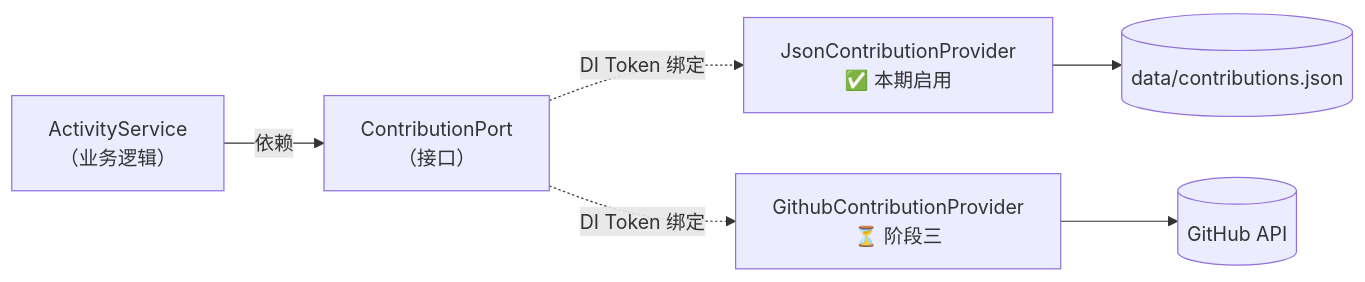
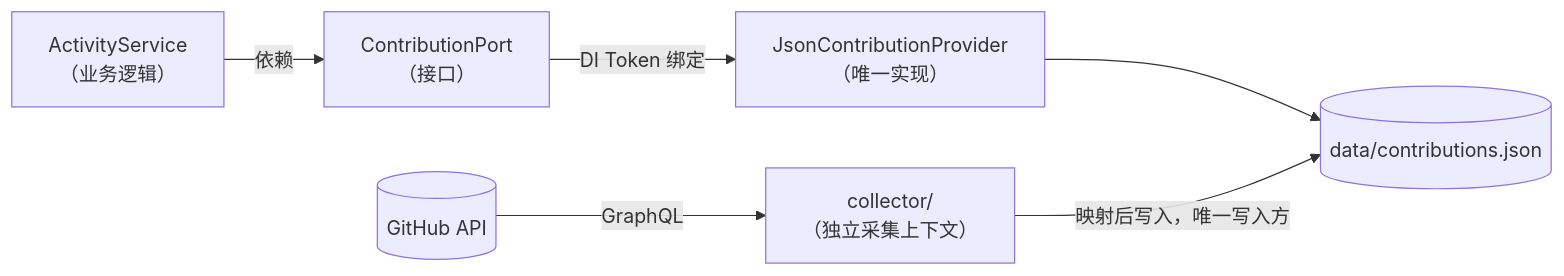
Before and after one commit to XunliYang/openan-operation-insights: the fourth of 8 diagrams in docs/01-architecture-overview.md, drawn with Mermaid. The commit also changed other lines of this file and 152 other files, not shown here.

````diff
--- a/docs/01-architecture-overview.md
+++ b/docs/01-architecture-overview.md
@@ -223,8 +222,8 @@
 ```mermaid
 flowchart LR
   S["ActivityService<br/>（业务逻辑）"] -->|依赖| P["ContributionPort<br/>（接口）"]
-  P -.->|DI Token 绑定| A1["JsonContributionProvider<br/>✅ 本期启用"]
-  P -.->|DI Token 绑定| A2["GithubContributionProvider<br/>⏳ 阶段三"]
+  P -->|DI Token 绑定| A1["JsonContributionProvider<br/>（唯一实现）"]
   A1 --> D[("data/contributions.json")]
-  A2 --> G[("GitHub API")]
+  G[("GitHub API")] -->|GraphQL| C["collector/<br/>（独立采集上下文）"]
+  C -->|映射后写入，唯一写入方| D
 ```
````
